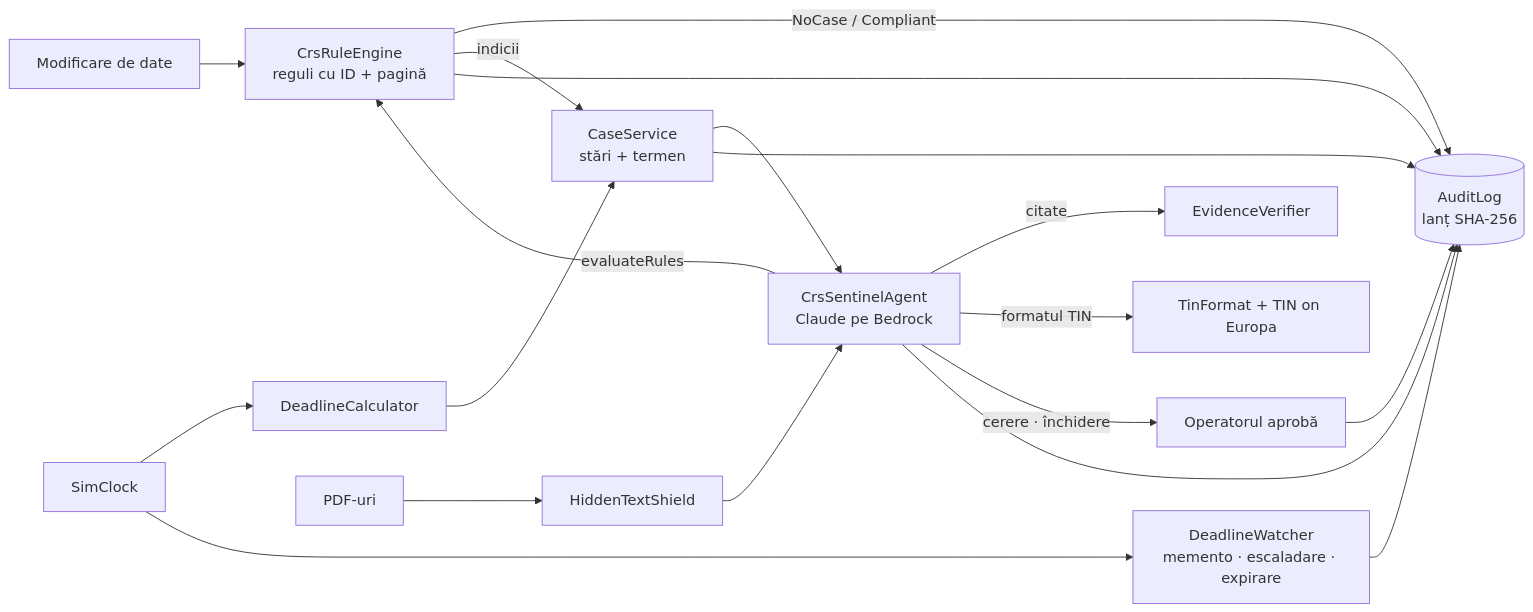
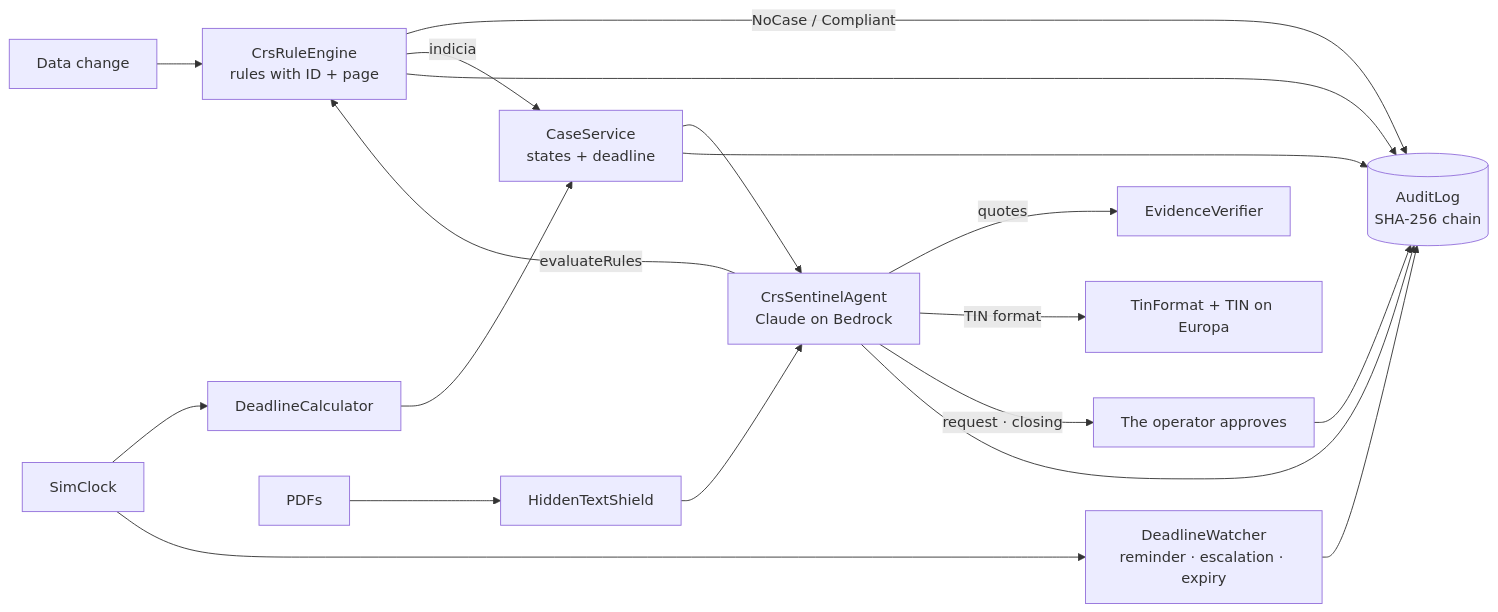
One commit to AlexandruAchilleF/nexxt-ai-summit-hackathon changed the diagram in README.md. Above: the diagram before and after it, drawn with Mermaid. The commit also changed other lines of this file and 3 other files, not shown here.

````diff
--- a/README.md
+++ b/README.md
@@ -147,15 +159,15 @@
 ```mermaid
 flowchart LR
-  CE[Modificare de date] --> RE[CrsRuleEngine<br/>reguli cu ID + pagină]
-  RE -->|NoCase / Compliant| AU[(AuditLog<br/>lanț SHA-256)]
-  RE -->|indicii| CS[CaseService<br/>stări + termen]
+  CE[Data change] --> RE[CrsRuleEngine<br/>rules with ID + page]
+  RE -->|NoCase / Compliant| AU[(AuditLog<br/>SHA-256 chain)]
+  RE -->|indicia| CS[CaseService<br/>states + deadline]
   CLK[SimClock] --> DL[DeadlineCalculator] --> CS
-  CLK --> W[DeadlineWatcher<br/>memento · escaladare · expirare]
-  DOC[PDF-uri] --> SH[HiddenTextShield] --> AG
-  CS --> AG[CrsSentinelAgent<br/>Claude pe Bedrock]
-  AG -->|citate| EV[EvidenceVerifier]
-  AG -->|formatul TIN| TIN[TinFormat + TIN on Europa]
+  CLK --> W[DeadlineWatcher<br/>reminder · escalation · expiry]
+  DOC[PDFs] --> SH[HiddenTextShield] --> AG
+  CS --> AG[CrsSentinelAgent<br/>Claude on Bedrock]
+  AG -->|quotes| EV[EvidenceVerifier]
+  AG -->|TIN format| TIN[TinFormat + TIN on Europa]
   AG -->|evaluateRules| RE
-  AG -->|cerere · închidere| OP[Operatorul aprobă]
+  AG -->|request · closing| OP[The operator approves]
   RE & CS & AG & OP & W --> AU
 ```
````
